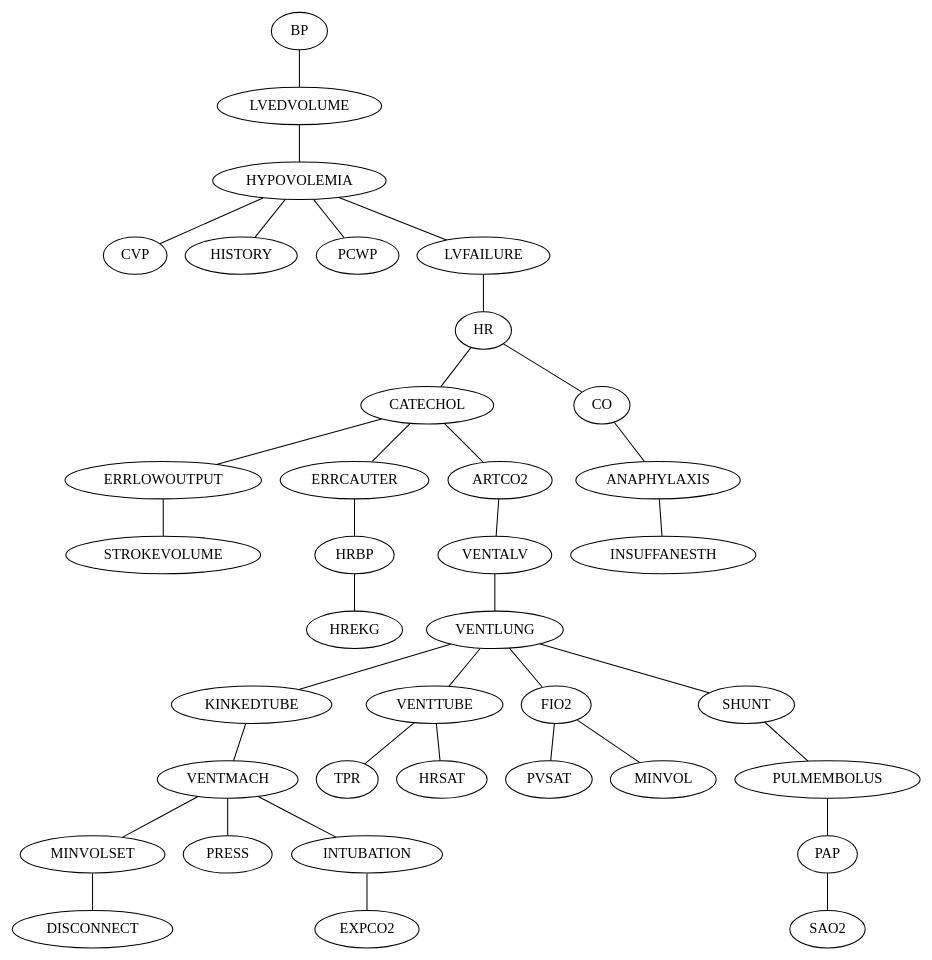
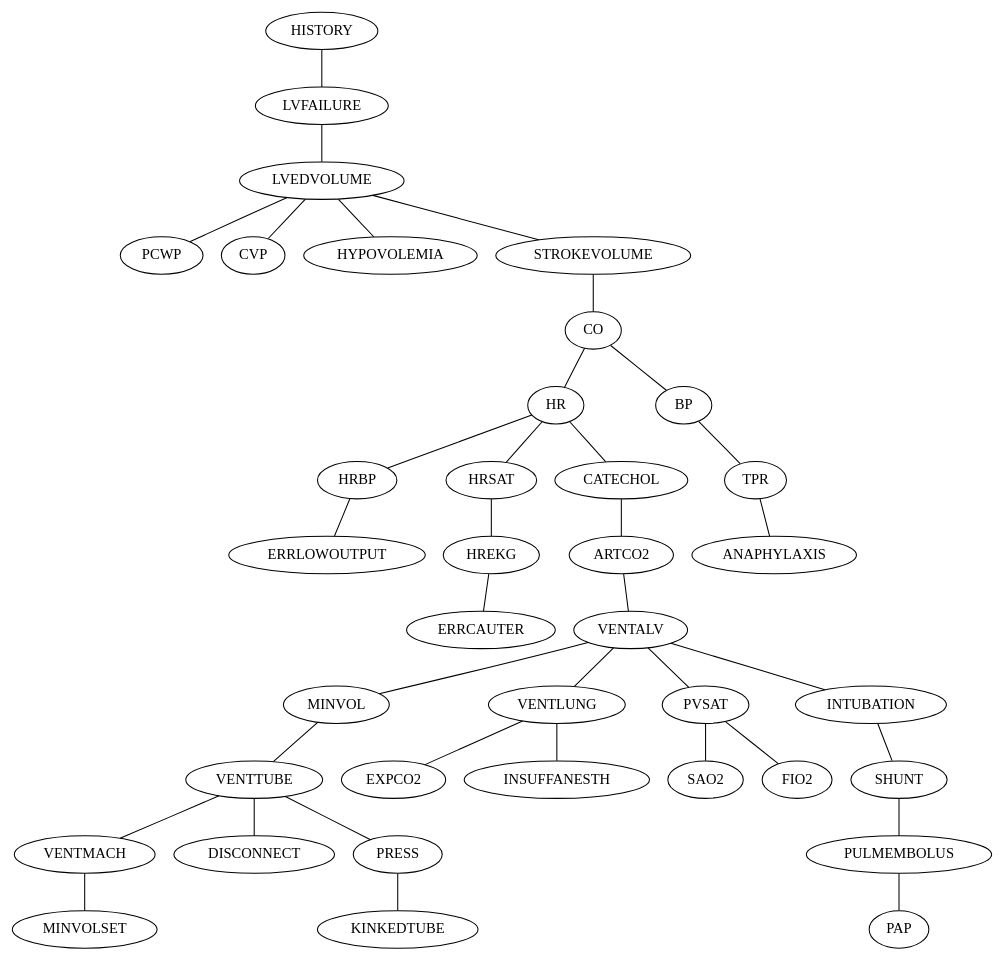
The diagram in PSET2/GraphOutputs/plugin.gv (nsidn98/Advanced-Topics-in-Artificial-Intelligence-EE6180), drawn with Graphviz before and after one commit. The commit also changed 15 other files, not shown here.

```diff
--- a/PSET2/GraphOutputs/plugin.gv
+++ b/PSET2/GraphOutputs/plugin.gv
@@ -1,38 +1,38 @@
 graph {
-	BP -- LVEDVOLUME
+	HISTORY -- LVFAILURE
+	LVFAILURE -- LVEDVOLUME
+	LVEDVOLUME -- PCWP
+	LVEDVOLUME -- CVP
 	LVEDVOLUME -- HYPOVOLEMIA
-	HYPOVOLEMIA -- CVP
-	HYPOVOLEMIA -- HISTORY
-	HYPOVOLEMIA -- PCWP
-	HYPOVOLEMIA -- LVFAILURE
-	LVFAILURE -- HR
+	LVEDVOLUME -- STROKEVOLUME
+	STROKEVOLUME -- CO
+	CO -- HR
+	HR -- HRBP
+	HR -- HRSAT
+	HRSAT -- HREKG
+	HREKG -- ERRCAUTER
 	HR -- CATECHOL
-	CATECHOL -- ERRLOWOUTPUT
-	CATECHOL -- ERRCAUTER
-	ERRCAUTER -- HRBP
-	HRBP -- HREKG
+	HRBP -- ERRLOWOUTPUT
+	CO -- BP
+	BP -- TPR
 	CATECHOL -- ARTCO2
-	ERRLOWOUTPUT -- STROKEVOLUME
-	HR -- CO
-	CO -- ANAPHYLAXIS
 	ARTCO2 -- VENTALV
+	VENTALV -- MINVOL
 	VENTALV -- VENTLUNG
-	VENTLUNG -- KINKEDTUBE
-	VENTLUNG -- VENTTUBE
-	VENTLUNG -- FIO2
-	FIO2 -- PVSAT
-	KINKEDTUBE -- VENTMACH
+	VENTALV -- PVSAT
+	PVSAT -- SAO2
+	MINVOL -- VENTTUBE
+	VENTTUBE -- VENTMACH
 	VENTMACH -- MINVOLSET
-	MINVOLSET -- DISCONNECT
-	VENTMACH -- PRESS
-	VENTTUBE -- TPR
-	VENTMACH -- INTUBATION
-	VENTLUNG -- SHUNT
+	VENTTUBE -- DISCONNECT
+	VENTLUNG -- EXPCO2
+	VENTTUBE -- PRESS
+	VENTALV -- INTUBATION
+	INTUBATION -- SHUNT
+	PVSAT -- FIO2
+	PRESS -- KINKEDTUBE
 	SHUNT -- PULMEMBOLUS
-	FIO2 -- MINVOL
-	INTUBATION -- EXPCO2
 	PULMEMBOLUS -- PAP
-	PAP -- SAO2
-	ANAPHYLAXIS -- INSUFFANESTH
-	VENTTUBE -- HRSAT
+	TPR -- ANAPHYLAXIS
+	VENTLUNG -- INSUFFANESTH
 }
```
